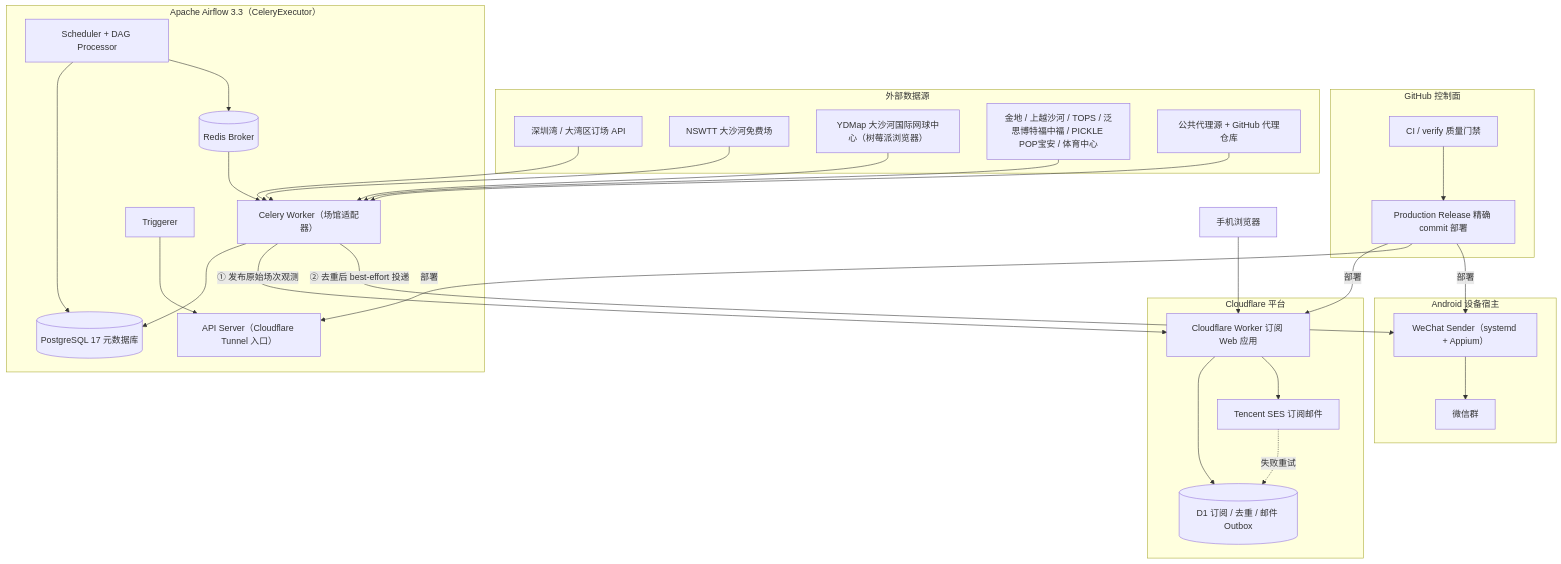
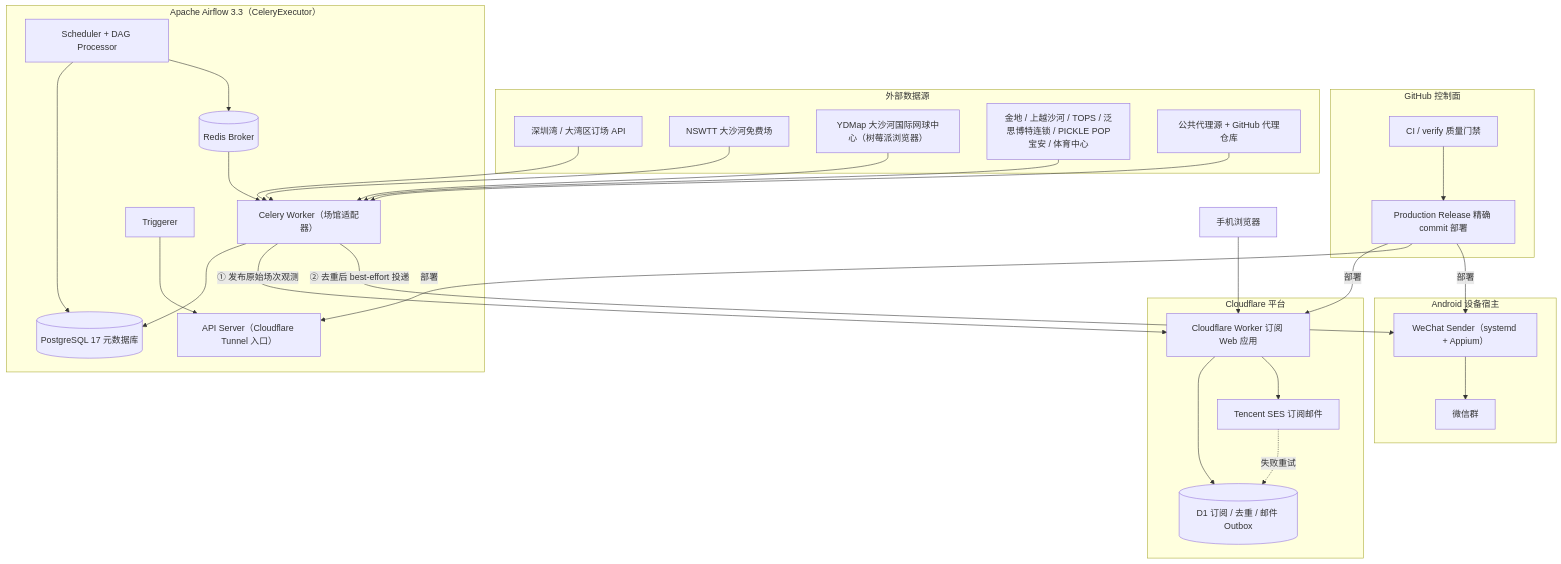
The diagram in README.md (claude89757/wechat-on-airflow), drawn with Mermaid before and after one commit. The commit also changed other lines of this file and 30 other files, not shown here.

````diff
--- a/README.md
+++ b/README.md
@@ -24,60 +24,60 @@
 ```mermaid
 flowchart TB
     subgraph control["GitHub 控制面"]
         CI["CI / verify 质量门禁"]
         Release["Production Release 精确 commit 部署"]
         CI --> Release
     end
 
     subgraph sources["外部数据源"]
         SZ["深圳湾 / 大湾区订场 API"]
         NSWTT["NSWTT 大沙河免费场"]
         YDMAP["YDMap 大沙河国际网球中心（树莓派浏览器）"]
-        VENUES["金地 / 上越沙河 / TOPS / 泛思博特福中福 / PICKLE POP宝安 / 体育中心"]
+        VENUES["金地 / 上越沙河 / TOPS / 泛思博特连锁 / PICKLE POP宝安 / 体育中心"]
         PROXY["公共代理源 + GitHub 代理仓库"]
     end
 
     subgraph airflow["Apache Airflow 3.3（CeleryExecutor）"]
         Scheduler["Scheduler + DAG Processor"]
         Worker["Celery Worker（场馆适配器）"]
         Triggerer["Triggerer"]
         DB[("PostgreSQL 17 元数据库")]
         Redis[("Redis Broker")]
         ApiSrv["API Server（Cloudflare Tunnel 入口）"]
         Scheduler --> DB
         Scheduler --> Redis
         Redis --> Worker
         Worker --> DB
         Triggerer --> ApiSrv
     end
 
     subgraph cf["Cloudflare 平台"]
         WebApp["Cloudflare Worker 订阅 Web 应用"]
         D1[("D1 订阅 / 去重 / 邮件 Outbox")]
         SES["Tencent SES 订阅邮件"]
         WebApp --> D1
         WebApp --> SES
         SES -. 失败重试 .-> D1
     end
 
     subgraph android["Android 设备宿主"]
         Sender["WeChat Sender（systemd + Appium）"]
         Chat["微信群"]
         Sender --> Chat
     end
 
     Browser["手机浏览器"] --> WebApp
 
     SZ --> Worker
     NSWTT --> Worker
     YDMAP --> Worker
     VENUES --> Worker
     PROXY --> Worker
 
     Worker -->|"① 发布原始场次观测"| WebApp
     Worker -->|"② 去重后 best-effort 投递"| Sender
 
     Release -->|"部署"| WebApp
     Release -->|"部署"| ApiSrv
     Release -->|"部署"| Sender
 ```
````
